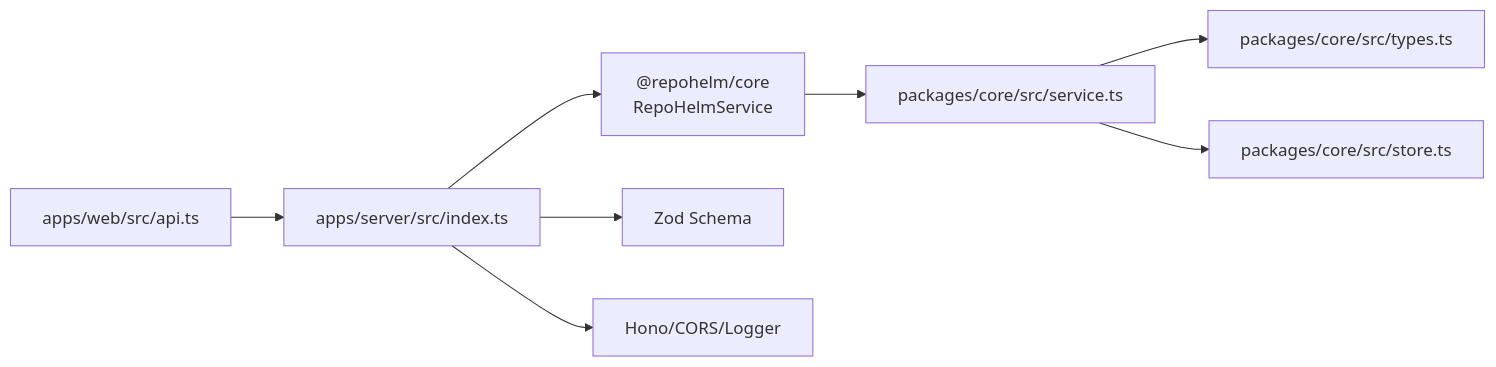
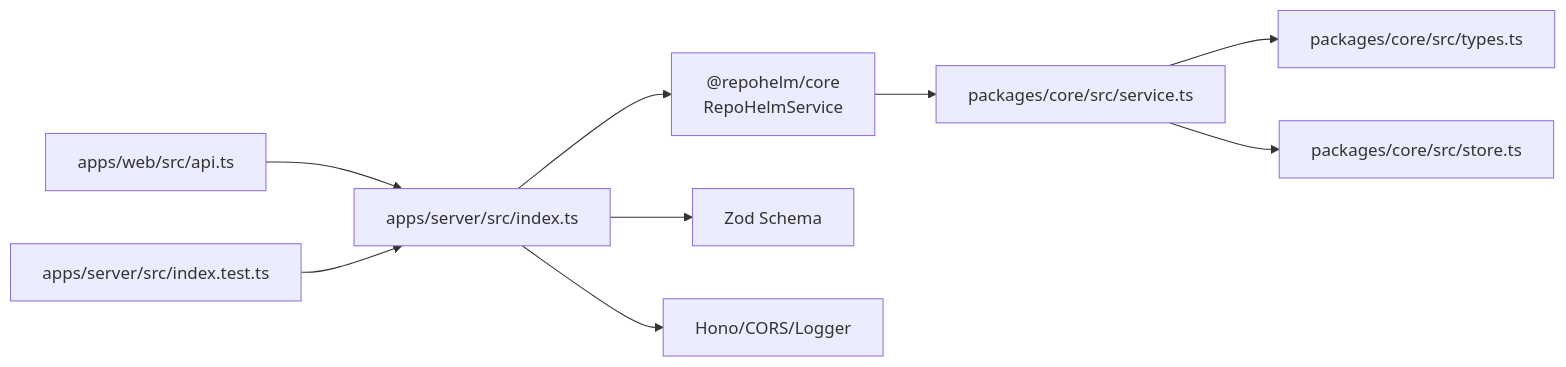
One commit to coconilu/RepoHelm changed the third of 3 diagrams in .qoder/repowiki/zh/content/服务器 API 设计/服务器 API 设计.md. Above: the diagram before and after it, drawn with Mermaid. The commit also changed other lines of this file and 14 other files, not shown here.

````diff
--- a/.qoder/repowiki/zh/content/服务器 API 设计/服务器 API 设计.md
+++ b/.qoder/repowiki/zh/content/服务器 API 设计/服务器 API 设计.md
@@ -437,10 +522,11 @@
 ```mermaid
 graph LR
 A["apps/server/src/index.ts"] --> B["@repohelm/core<br/>RepoHelmService"]
 A --> C["Zod Schema"]
 A --> D["Hono/CORS/Logger"]
 E["apps/web/src/api.ts"] --> A
 B --> F["packages/core/src/service.ts"]
 F --> G["packages/core/src/types.ts"]
 F --> H["packages/core/src/store.ts"]
+I["apps/server/src/index.test.ts"] --> A
 ```
````
